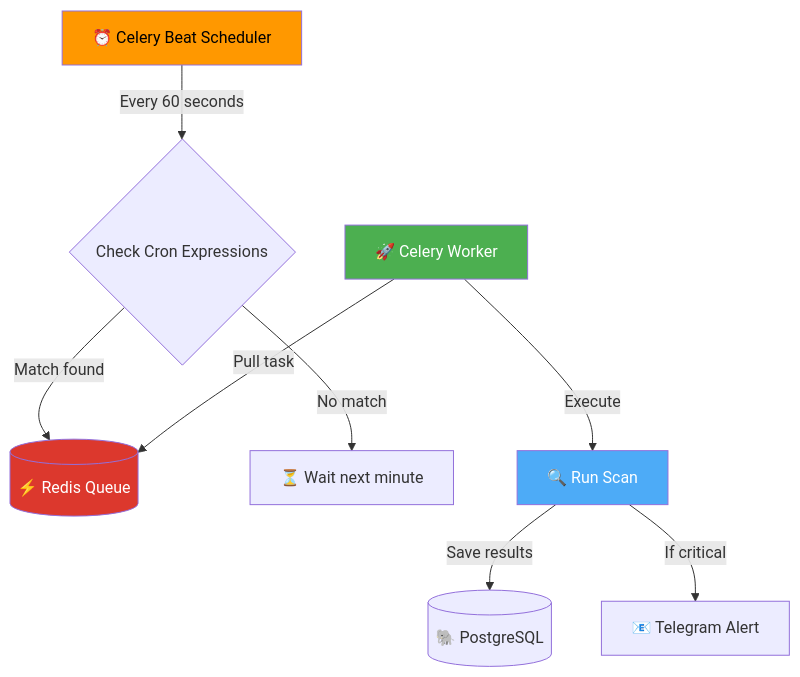
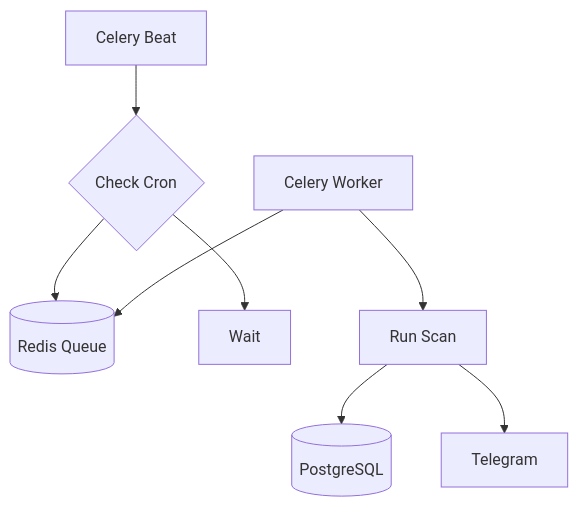
Before and after one commit to Khan-Feroz211/MyCyber-Project: the sixth of 6 diagrams in README.md, drawn with Mermaid. The commit also changed other lines of this file, not shown here.

Commit message:
docs: fix all mermaid diagrams for GitHub - remove init blocks, style statements, simplify syntax

````diff
--- a/README.md
+++ b/README.md
@@ -246,16 +201,10 @@
 ```mermaid
 graph TD
-    BEAT[⏰ Celery Beat Scheduler] -->|Every 60 seconds| CHECK{Check Cron Expressions}
-    CHECK -->|Match found| QUEUE[(⚡ Redis Queue)]
-    CHECK -->|No match| WAIT[⏳ Wait next minute]
-    
-    WORKER[🚀 Celery Worker] -->|Pull task| QUEUE
-    WORKER -->|Execute| SCAN[🔍 Run Scan]
-    SCAN -->|Save results| DB[(🐘 PostgreSQL)]
-    SCAN -->|If critical| TEL[📧 Telegram Alert]
-    
-    style BEAT fill:#FF9800,color:#000
-    style WORKER fill:#4CAF50,color:#fff
-    style QUEUE fill:#DC382D,color:#fff
-    style SCAN fill:#4DABF7,color:#fff
+    BEAT[Celery Beat] --> CHECK{Check Cron}
+    CHECK --> QUEUE[(Redis Queue)]
+    CHECK --> WAIT[Wait]
+    WORKER[Celery Worker] --> QUEUE
+    WORKER --> SCAN[Run Scan]
+    SCAN --> DB[(PostgreSQL)]
+    SCAN --> TEL[Telegram]
 ```
````
